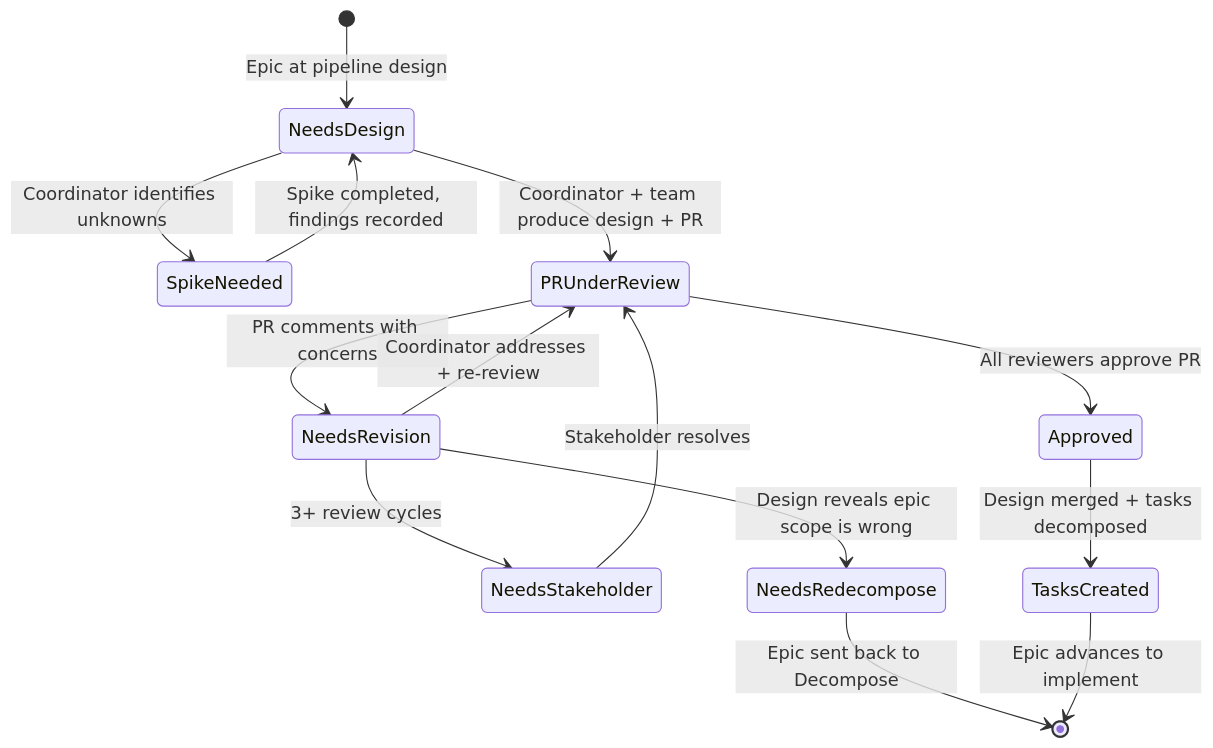
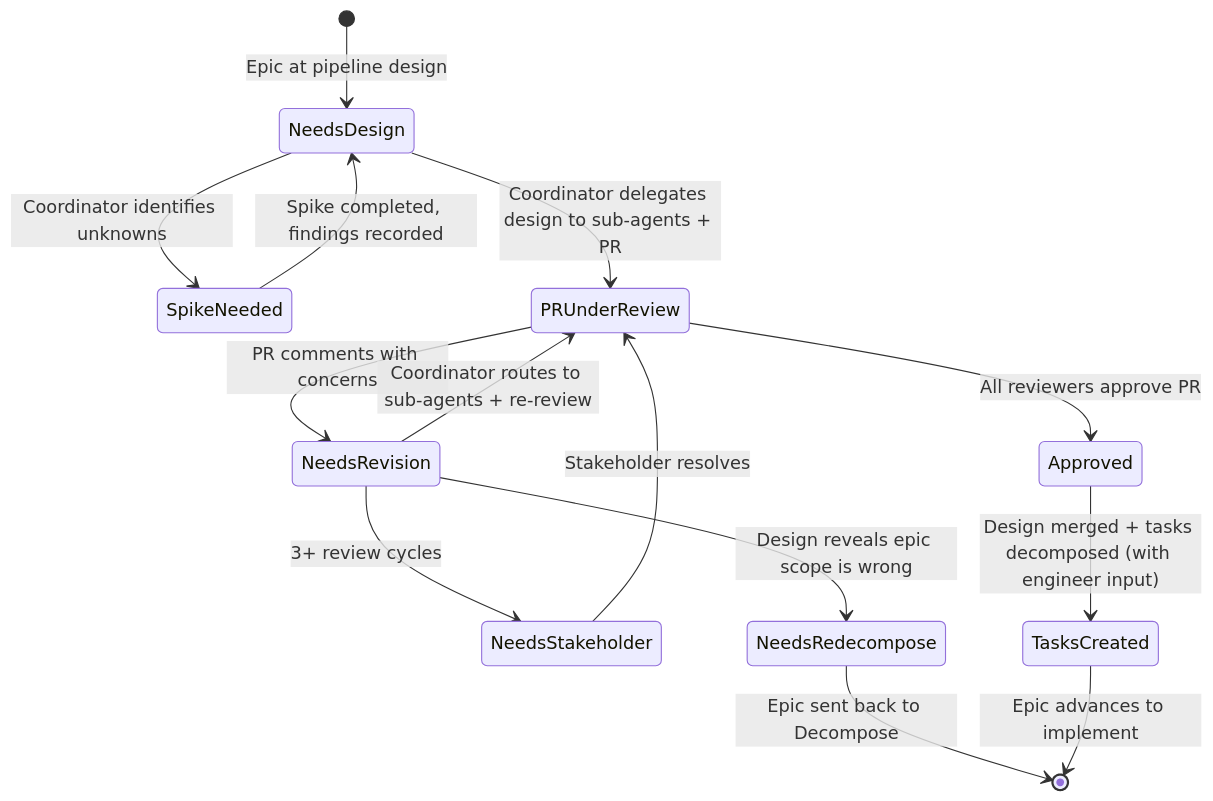
Diagram 11 of 12 in docs/research/pipeline-redesign-v2.md (themachinagod/andgasm-claude-orchestration-project), drawn with Mermaid before and after one commit. The commit also changed other lines of this file, not shown here.

First line of the commit message:
docs: align pipeline-redesign-v2 with coordinator-as-process-manager

````diff
--- a/docs/research/pipeline-redesign-v2.md
+++ b/docs/research/pipeline-redesign-v2.md
@@ -894,16 +910,16 @@
 ```mermaid
 stateDiagram-v2
     [*] --> NeedsDesign : Epic at pipeline design
     NeedsDesign --> SpikeNeeded : Coordinator identifies unknowns
     SpikeNeeded --> NeedsDesign : Spike completed, findings recorded
-    NeedsDesign --> PRUnderReview : Coordinator + team produce design + PR
+    NeedsDesign --> PRUnderReview : Coordinator delegates design to sub-agents + PR
     PRUnderReview --> Approved : All reviewers approve PR
     PRUnderReview --> NeedsRevision : PR comments with concerns
-    NeedsRevision --> PRUnderReview : Coordinator addresses + re-review
+    NeedsRevision --> PRUnderReview : Coordinator routes to sub-agents + re-review
     NeedsRevision --> NeedsStakeholder : 3+ review cycles
     NeedsRevision --> NeedsRedecompose : Design reveals epic scope is wrong
     NeedsStakeholder --> PRUnderReview : Stakeholder resolves
     NeedsRedecompose --> [*] : Epic sent back to Decompose
-    Approved --> TasksCreated : Design merged + tasks decomposed
+    Approved --> TasksCreated : Design merged + tasks decomposed (with engineer input)
     TasksCreated --> [*] : Epic advances to implement
 ```
````
